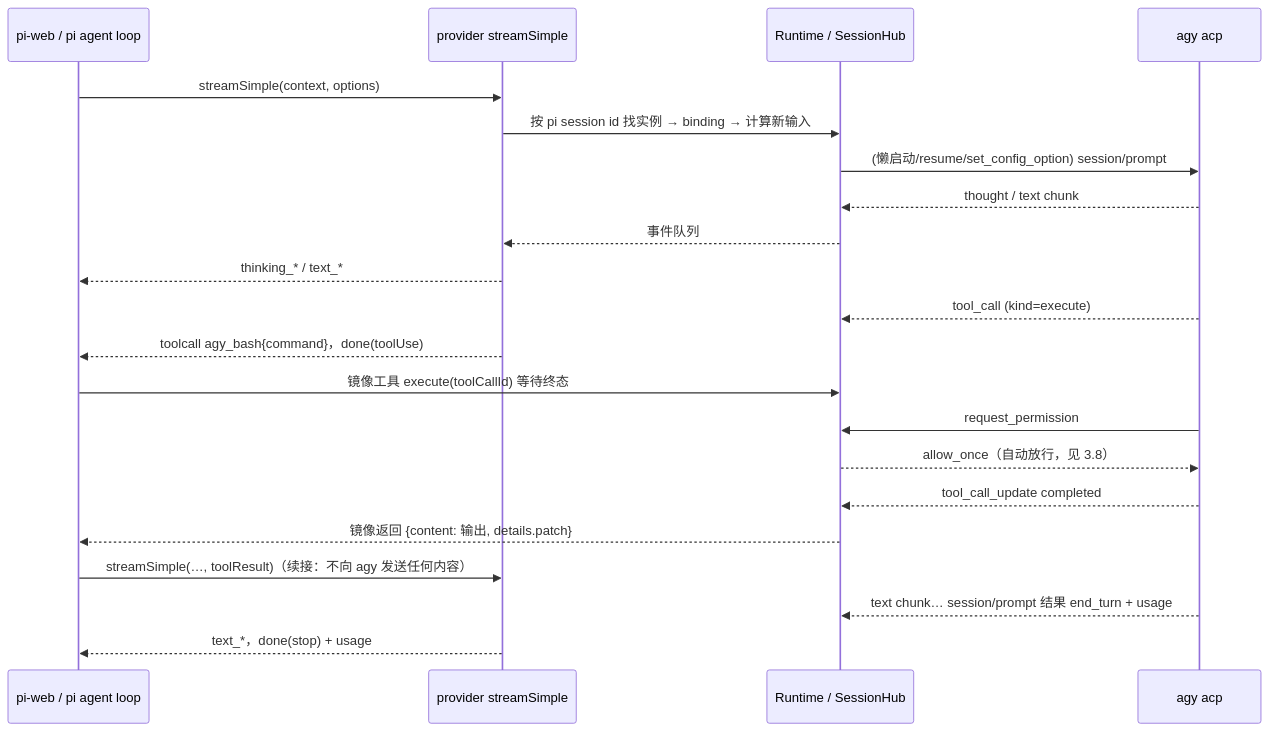
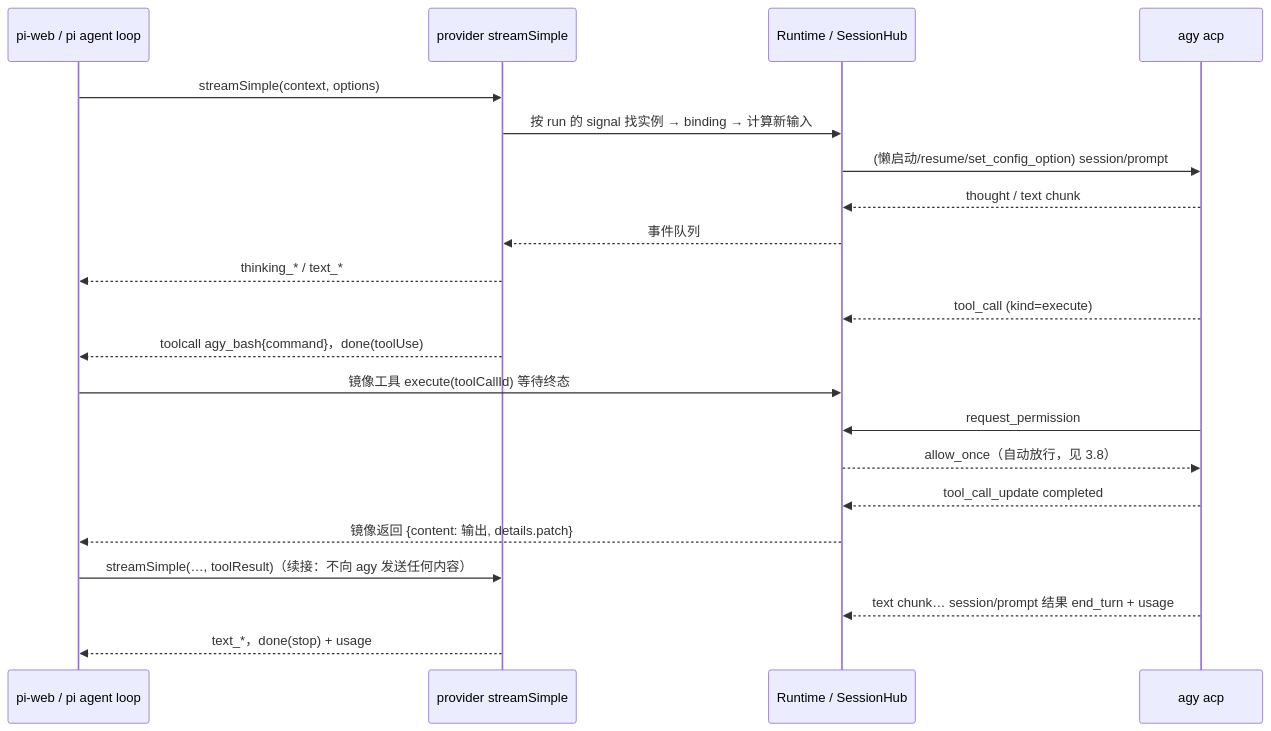
One commit to zhudatou630/pi-agy-acp changed the diagram in docs/design.md. Above: the diagram before and after it, drawn with Mermaid. The commit also changed other lines of this file and 8 other files, not shown here.

````diff
--- a/docs/design.md
+++ b/docs/design.md
@@ -59,23 +59,23 @@
 ```mermaid
 sequenceDiagram
   participant W as pi-web / pi agent loop
   participant P as provider streamSimple
   participant R as Runtime / SessionHub
   participant A as agy acp
   W->>P: streamSimple(context, options)
-  P->>R: 按 pi session id 找实例 → binding → 计算新输入
+  P->>R: 按 run 的 signal 找实例 → binding → 计算新输入
   R->>A: (懒启动/resume/set_config_option) session/prompt
   A-->>R: thought / text chunk
   R-->>P: 事件队列
   P-->>W: thinking_* / text_*
   A-->>R: tool_call (kind=execute)
   P-->>W: toolcall agy_bash{command}，done(toolUse)
   W->>R: 镜像工具 execute(toolCallId) 等待终态
   A->>R: request_permission
   R-->>A: allow_once（自动放行，见 3.8）
   A-->>R: tool_call_update completed
   R-->>W: 镜像返回 {content: 输出, details.patch}
   W->>P: streamSimple(…, toolResult)（续接：不向 agy 发送任何内容）
   A-->>R: text chunk… session/prompt 结果 end_turn + usage
   P-->>W: text_*，done(stop) + usage
 ```
````
